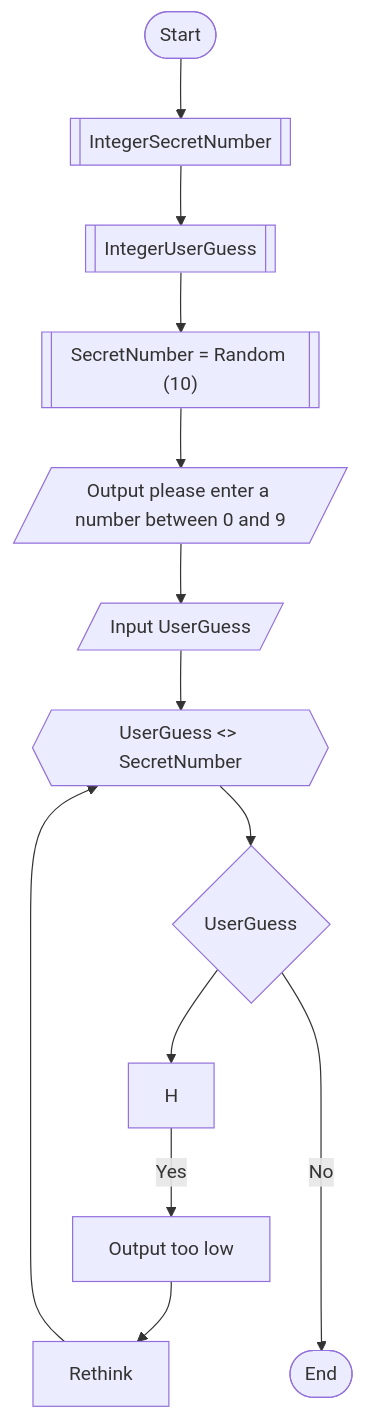
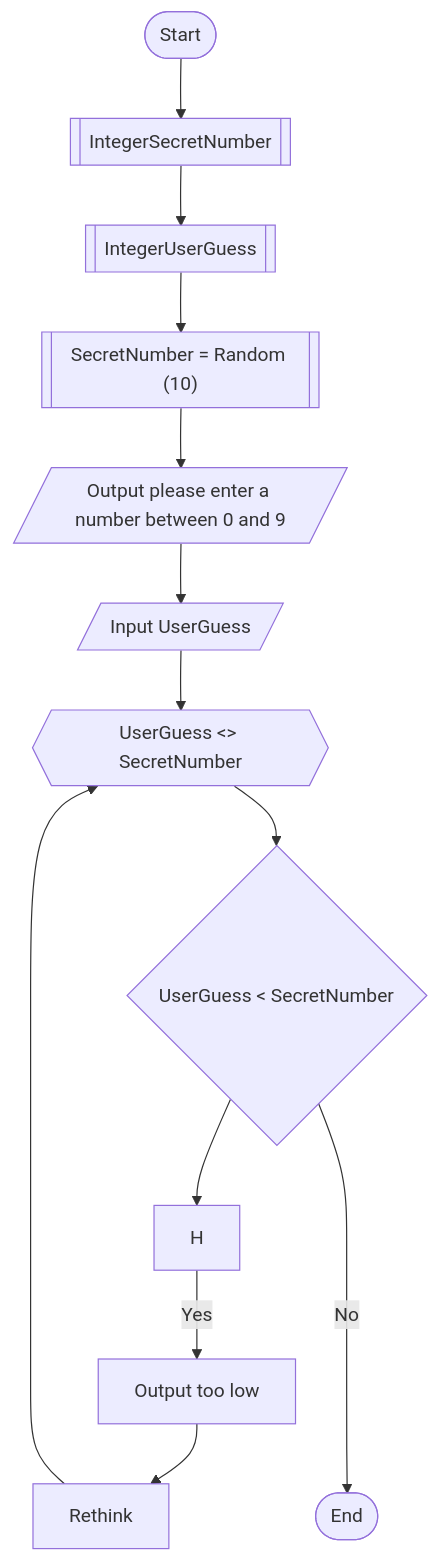
Before and after one commit to njedwards1872/njedwards1872.github.io: the diagram in Guessing.md, drawn with Mermaid.

````diff
--- a/Guessing.md
+++ b/Guessing.md
@@ -1,15 +1,15 @@
 ```mermaid
 flowchart TD
  Start([Start]) --> 
     A@{ shape: subproc, label: "IntegerSecretNumber" } -->
     B@{ shape: subproc, label: "IntegerUserGuess" } -->
     C@{ shape: subproc, label: "SecretNumber = Random (10)" } --> 
     D@{ shape: lean-r, label: "Output please enter a number between 0 and 9" } -->
     E@{ shape: lean-r, label: "Input UserGuess" } -->
-    F@{ shape: hex, label: "UserGuess <> SecretNumber" } -->  G{"UserGuess<SecretNumber"} -->
+    F@{ shape: hex, label: "UserGuess <> SecretNumber" } -->  G{"UserGuess < SecretNumber"} -->
     H -- Yes --> I["Output too low"]
     I --> J[Rethink]
     J --> F
     G -- No ---->
  End([End])
 ```
````
